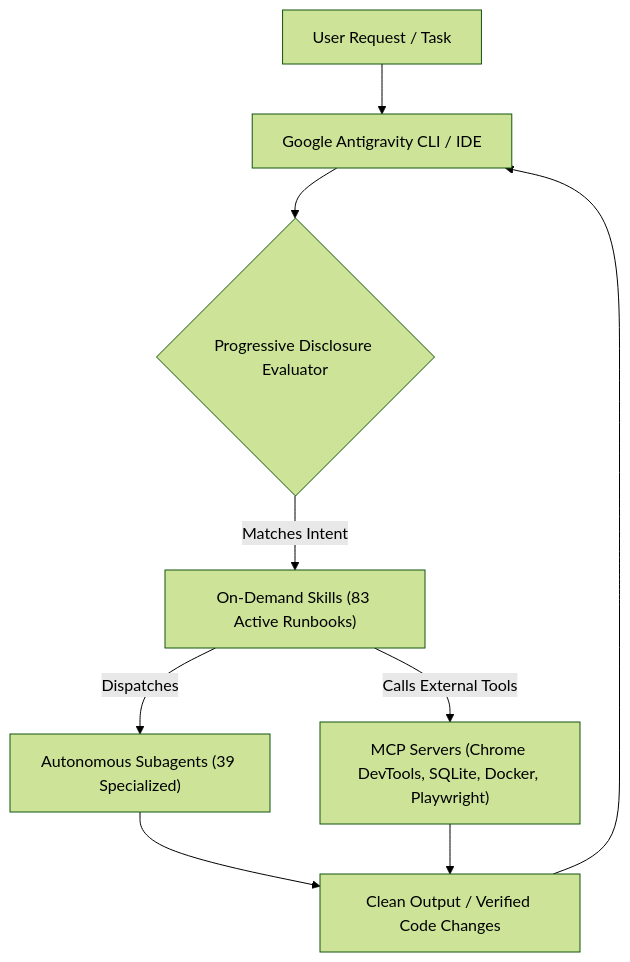
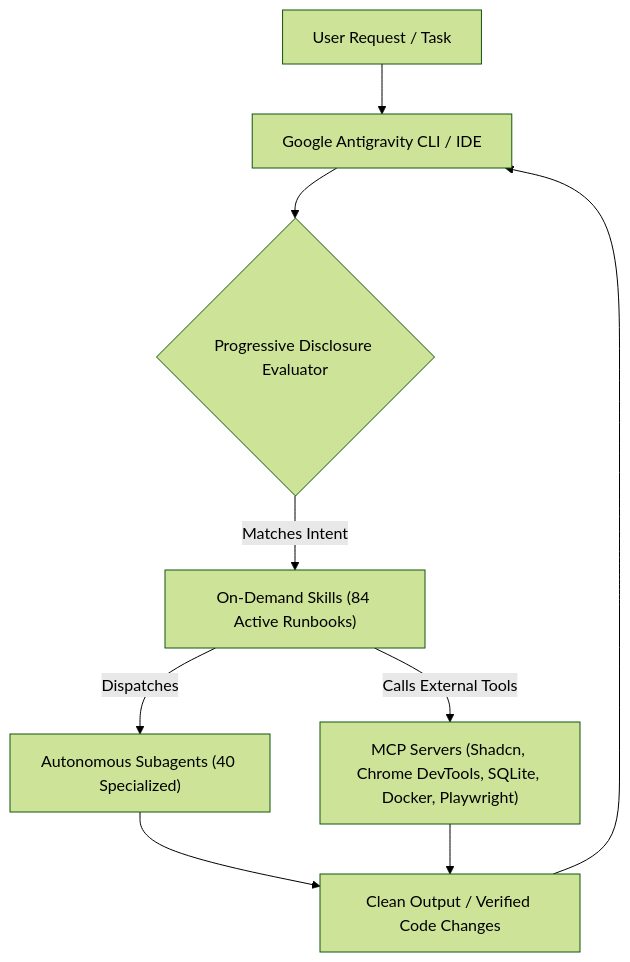
One commit to Ganeshbeldar015/Antigravity-Skills changed the diagram in README.md. Above: the diagram before and after it, drawn with Mermaid (forest theme). The commit also changed other lines of this file and 10 other files, not shown here.

Commit message:
feat: add shadcn & react bits MCP plugin with skill, agent, and server configs

````diff
--- a/README.md
+++ b/README.md
@@ -233,19 +234,19 @@
 ```mermaid
 flowchart TD
     U["User Request / Task"]
     CLI["Google Antigravity CLI / IDE"]
     PD{"Progressive Disclosure Evaluator"}
-    SK["On-Demand Skills (83 Active Runbooks)"]
-    AG["Autonomous Subagents (39 Specialized)"]
-    MCP["MCP Servers (Chrome DevTools, SQLite, Docker, Playwright)"]
+    SK["On-Demand Skills (84 Active Runbooks)"]
+    AG["Autonomous Subagents (40 Specialized)"]
+    MCP["MCP Servers (Shadcn, Chrome DevTools, SQLite, Docker, Playwright)"]
     RES["Clean Output / Verified Code Changes"]
 
     U --> CLI
     CLI --> PD
     PD -->|Matches Intent| SK
     SK -->|Dispatches| AG
     SK -->|Calls External Tools| MCP
     AG --> RES
     MCP --> RES
     RES --> CLI
 ```
````
